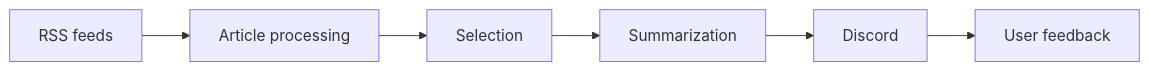
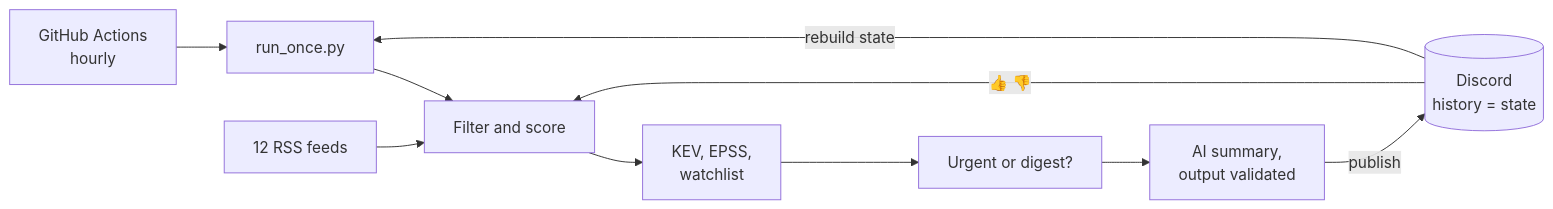
One commit to Gemukii/CyberWatch changed the diagram in README.md. Above: the diagram before and after it, drawn with Mermaid. The commit also changed other lines of this file and 21 other files, not shown here.

First line of the commit message:
feat: add a watchlist, harden the summary path, report what each run did

````diff
--- a/README.md
+++ b/README.md
@@ -24,10 +31,12 @@
 ```mermaid
 flowchart LR
-    RSS["RSS feeds"]
-    --> PROCESS["Article processing"]
-    --> SELECT["Selection"]
-    --> SUM["Summarization"]
-    --> DISCORD["Discord"]
-
-    DISCORD --> FEEDBACK["User feedback"]
+    CRON["GitHub Actions<br/>hourly"] --> RUN["run_once.py"]
+    DISCORD[("Discord<br/>history = state")] -->|"rebuild state"| RUN
+    RSS["12 RSS feeds"] --> FILTER["Filter and score"]
+    RUN --> FILTER
+    FILTER --> ENRICH["KEV, EPSS,<br/>watchlist"]
+    ENRICH --> SELECT["Urgent or digest?"]
+    SELECT --> AI["AI summary,<br/>output validated"]
+    AI -->|"publish"| DISCORD
+    DISCORD -->|"👍 👎"| FILTER
 ```
````
